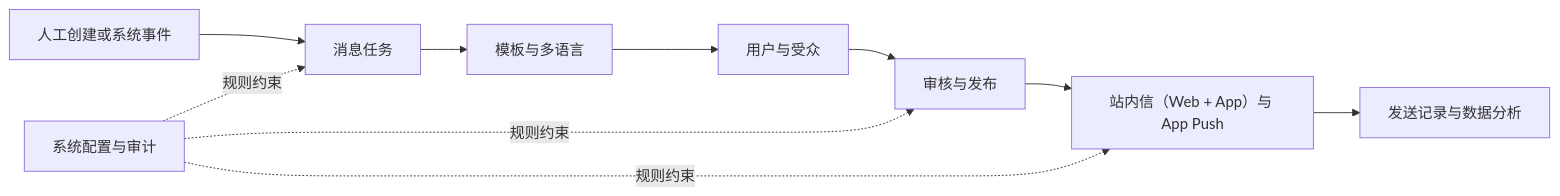
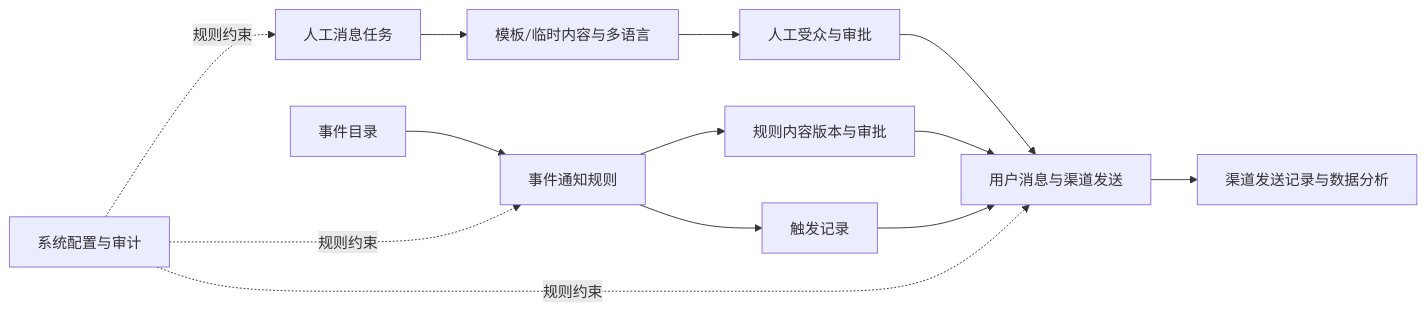
One commit to Gary20001016/ForX-Finance-Prototype changed the diagram in docs/prd/message-center/00-消息中心总览.md. Above: the diagram before and after it, drawn with Mermaid. The commit also changed other lines of this file and 32 other files, not shown here.

````diff
--- a/docs/prd/message-center/00-消息中心总览.md
+++ b/docs/prd/message-center/00-消息中心总览.md
@@ -95,12 +97,15 @@
 ```mermaid
 flowchart LR
-    A["人工创建或系统事件"] --> B["消息任务"]
-    B --> C["模板与多语言"]
-    C --> D["用户与受众"]
-    D --> E["审核与发布"]
-    E --> F["站内信（Web + App）与 App Push"]
-    F --> G["发送记录与数据分析"]
-    H["系统配置与审计"] -.规则约束.-> B
-    H -.规则约束.-> E
-    H -.规则约束.-> F
+    A["人工消息任务"] --> B["模板/临时内容与多语言"]
+    B --> C["人工受众与审批"]
+    D["事件目录"] --> E["事件通知规则"]
+    E --> F["规则内容版本与审批"]
+    C --> G["用户消息与渠道发送"]
+    F --> G
+    E --> H["触发记录"]
+    H --> G
+    G --> I["渠道发送记录与数据分析"]
+    J["系统配置与审计"] -.规则约束.-> A
+    J -.规则约束.-> E
+    J -.规则约束.-> G
 ```
````
